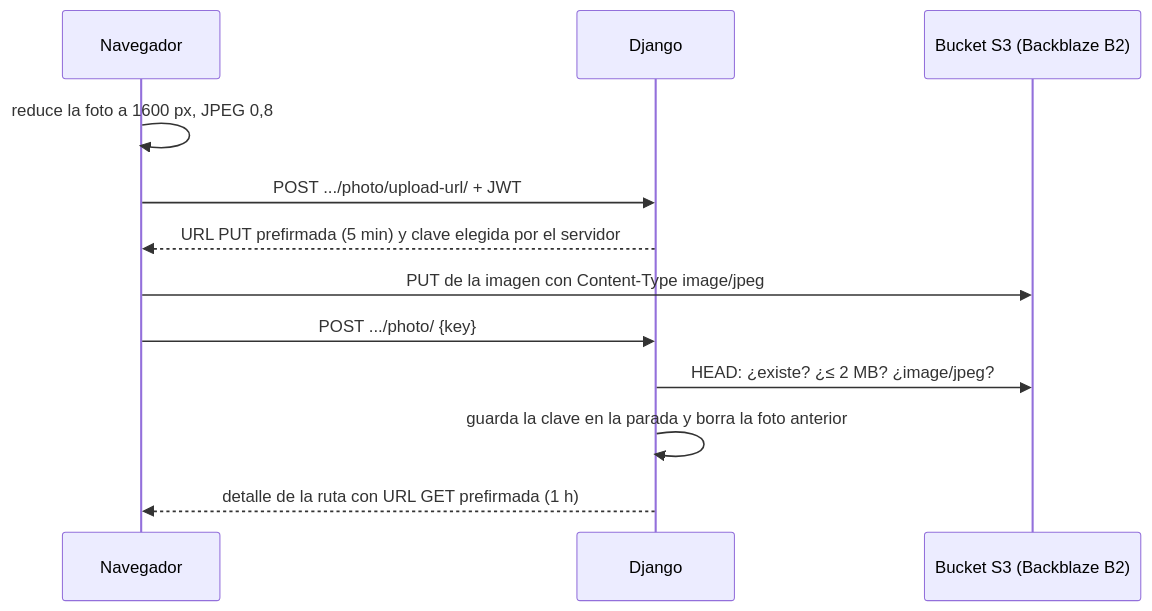
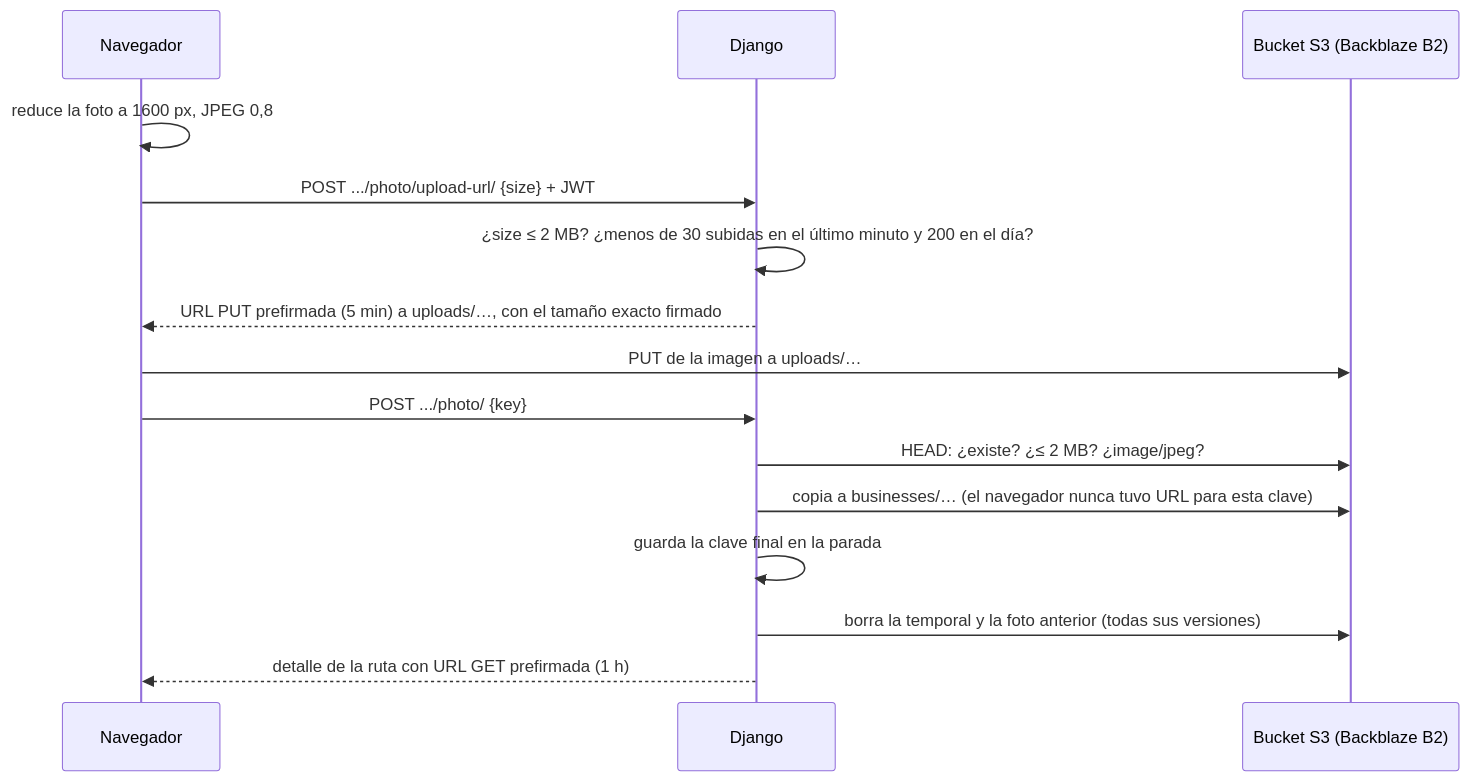
The second of 2 diagrams in docs/architecture.md (EstebanBautista/RutaLibre), drawn with Mermaid before and after one commit. The commit also changed other lines of this file and 4 other files, not shown here.

````diff
--- a/docs/architecture.md
+++ b/docs/architecture.md
@@ -63,14 +63,17 @@
 ```mermaid
 sequenceDiagram
     participant N as Navegador
     participant D as Django
     participant S as Bucket S3 (Backblaze B2)
     N->>N: reduce la foto a 1600 px, JPEG 0,8
-    N->>D: POST .../photo/upload-url/ + JWT
-    D-->>N: URL PUT prefirmada (5 min) y clave elegida por el servidor
-    N->>S: PUT de la imagen con Content-Type image/jpeg
+    N->>D: POST .../photo/upload-url/ {size} + JWT
+    D->>D: ¿size ≤ 2 MB? ¿menos de 30 subidas en el último minuto y 200 en el día?
+    D-->>N: URL PUT prefirmada (5 min) a uploads/…, con el tamaño exacto firmado
+    N->>S: PUT de la imagen a uploads/…
     N->>D: POST .../photo/ {key}
     D->>S: HEAD: ¿existe? ¿≤ 2 MB? ¿image/jpeg?
-    D->>D: guarda la clave en la parada y borra la foto anterior
+    D->>S: copia a businesses/… (el navegador nunca tuvo URL para esta clave)
+    D->>D: guarda la clave final en la parada
+    D->>S: borra la temporal y la foto anterior (todas sus versiones)
     D-->>N: detalle de la ruta con URL GET prefirmada (1 h)
 ```
````
